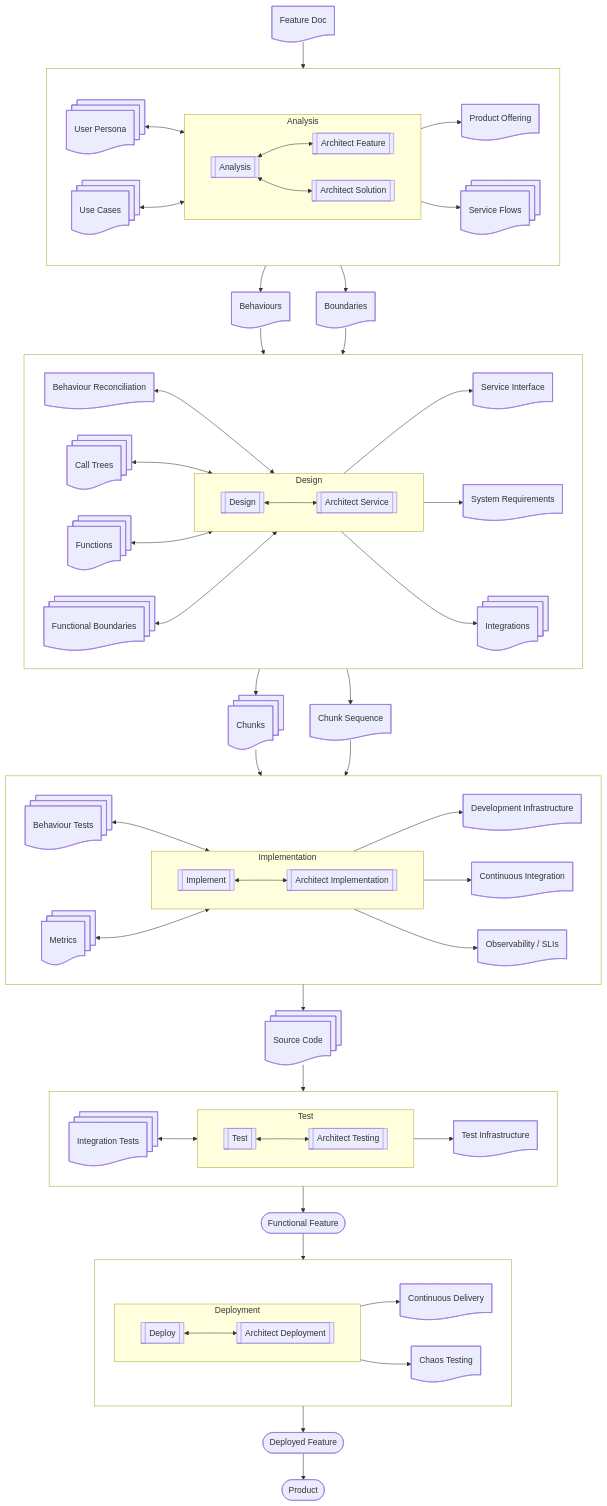
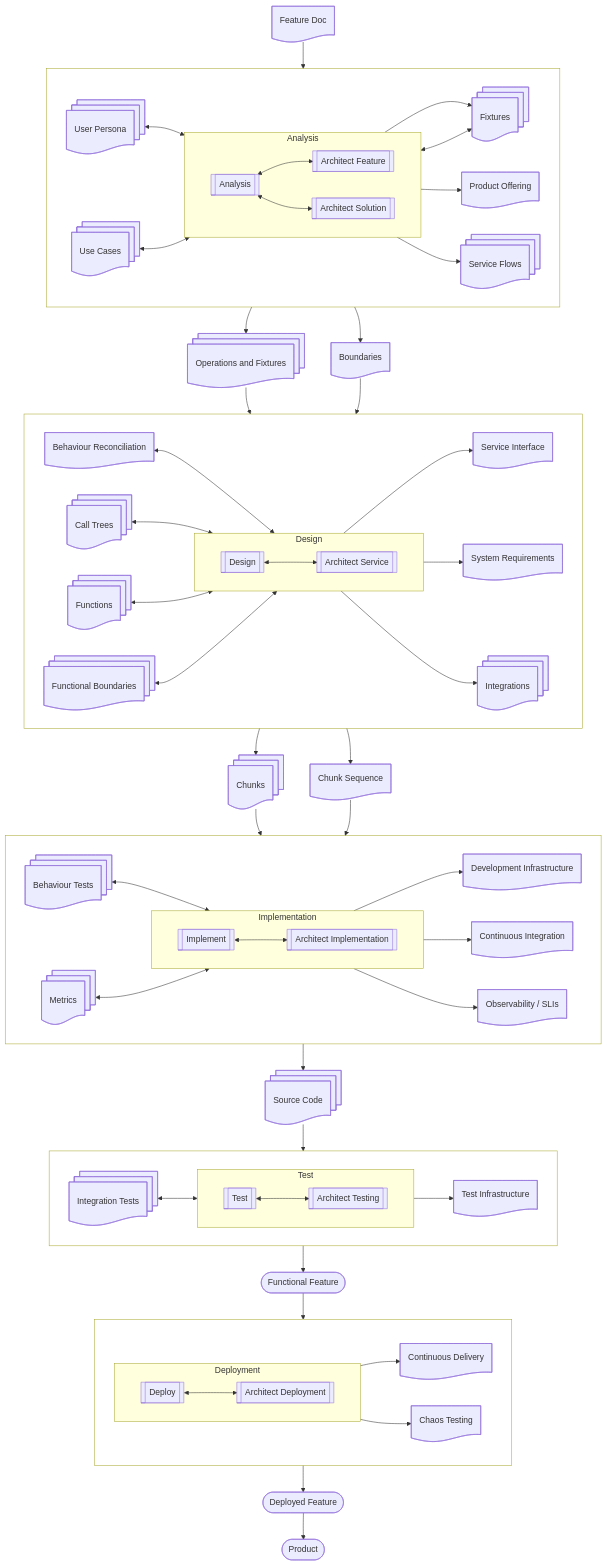
One commit to weaver-engineering/docs changed the diagram in workflows/weaver-workflows.md. Above: the diagram before and after it, drawn with Mermaid. The commit also changed other lines of this file and 19 other files, not shown here.

```diff
--- a/workflows/weaver-workflows.md
+++ b/workflows/weaver-workflows.md
@@ -37,6 +37,7 @@
         direction LR
         USER_PERSONAS@{shape: documents, label: "User Persona"} <--> ANALYSIS@{shape: subproc, label: "Analysis"}
         USE_CASES@{shape: documents, label: "Use Cases"} <--> ANALYSIS
+        FIXTURES@{shape: documents, label: "Fixtures"} <--> ANALYSIS
         subgraph ANAL["Analysis"]
             direction LR
             ANALYSIS <--> ARCHITECT_FEATURE@{shape: subproc, label: "Architect Feature"}
@@ -44,10 +45,11 @@
         end
         ARCHITECT_FEATURE --> PRODUCT_OFFERING@{shape: doc, label: "Product Offering"}
         ARCHITECT_SOLUTION --> SERVICE_FLOWS@{shape: documents, label: "Service Flows"}
+        ARCHITECT_SOLUTION --> FIXTURES
     end
     ANAL_LAYOUT:::layout
 
-    ANAL_LAYOUT --> BEHAVIOURS@{shape: doc, label: "Behaviours"} --> DESIGN_LAYOUT
+    ANAL_LAYOUT --> CONDITION_SPACES@{shape: documents, label: "Operations and Fixtures"} --> DESIGN_LAYOUT
     ANAL_LAYOUT --> BOUNDARIES@{shape: doc, label: "Boundaries"} --> DESIGN_LAYOUT
 
     subgraph DESIGN_LAYOUT[" "]
```
